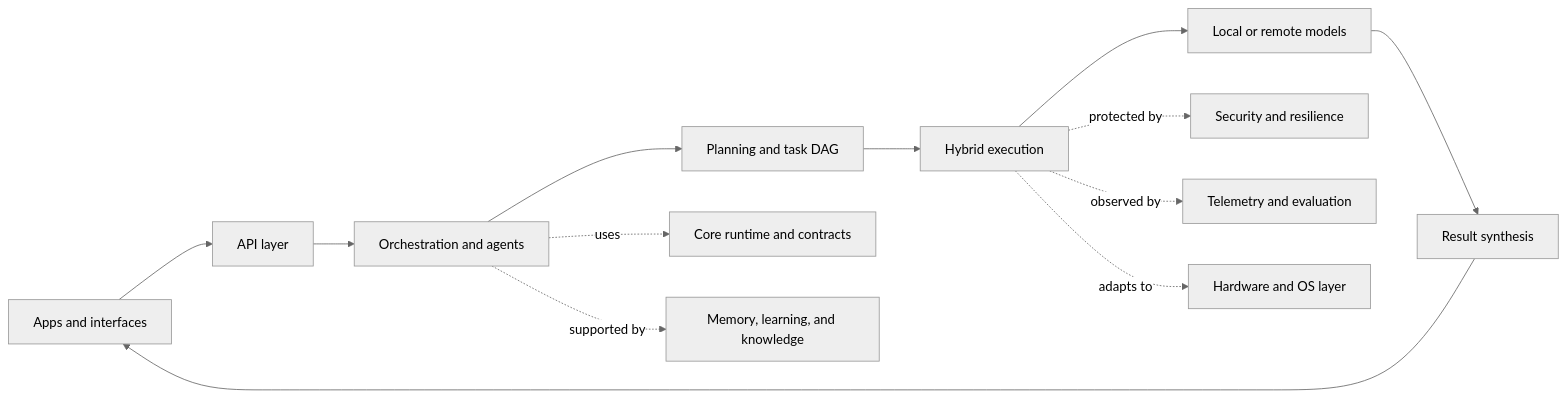
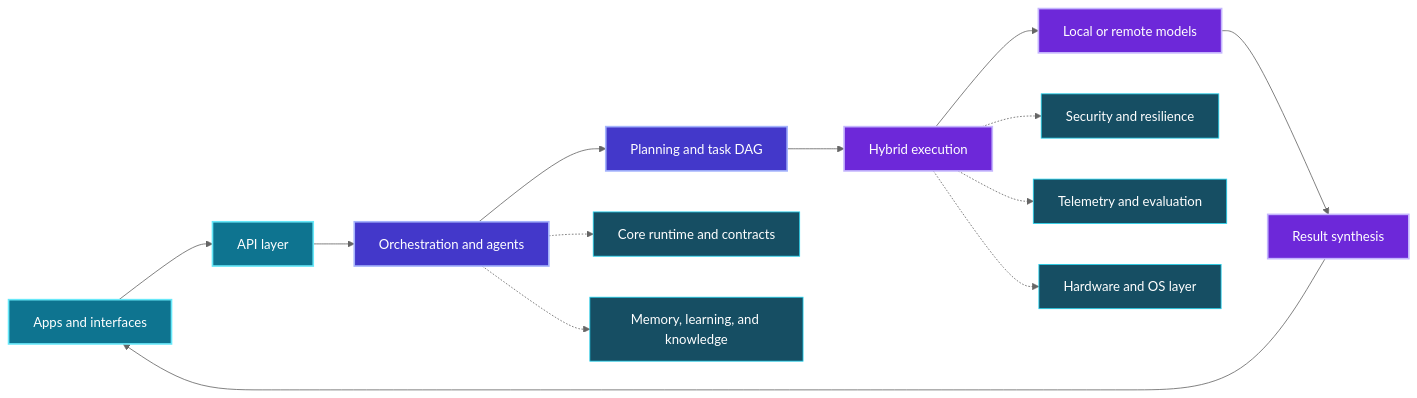
Before and after one commit to shadowkingaftab/DAIOPH: the diagram in README.md, drawn with Mermaid (neutral theme). The commit also changed other lines of this file and 1 other file, not shown here.

````diff
--- a/README.md
+++ b/README.md
@@ -23,15 +31,23 @@
 ```mermaid
 flowchart LR
     U[Apps and interfaces] --> A[API layer]
     A --> O[Orchestration and agents]
     O --> P[Planning and task DAG]
     P --> X[Hybrid execution]
     X --> M[Local or remote models]
     M --> S[Result synthesis]
     S --> U
-    O -. uses .-> C[Core runtime and contracts]
-    X -. protected by .-> R[Security and resilience]
-    O -. supported by .-> K[Memory, learning, and knowledge]
-    X -. observed by .-> T[Telemetry and evaluation]
-    X -. adapts to .-> H[Hardware and OS layer]
+    O -.-> C[Core runtime and contracts]
+    X -.-> R[Security and resilience]
+    O -.-> K[Memory, learning, and knowledge]
+    X -.-> T[Telemetry and evaluation]
+    X -.-> H[Hardware and OS layer]
+    classDef interface fill:#0E7490,color:#fff,stroke:#67E8F9,stroke-width:2px
+    classDef orchestration fill:#4338CA,color:#fff,stroke:#A5B4FC,stroke-width:2px
+    classDef execution fill:#6D28D9,color:#fff,stroke:#C4B5FD,stroke-width:2px
+    classDef support fill:#164E63,color:#fff,stroke:#22D3EE,stroke-width:1px
+    class U,A interface
+    class O,P orchestration
+    class X,M,S execution
+    class C,R,K,T,H support
 ```
````
